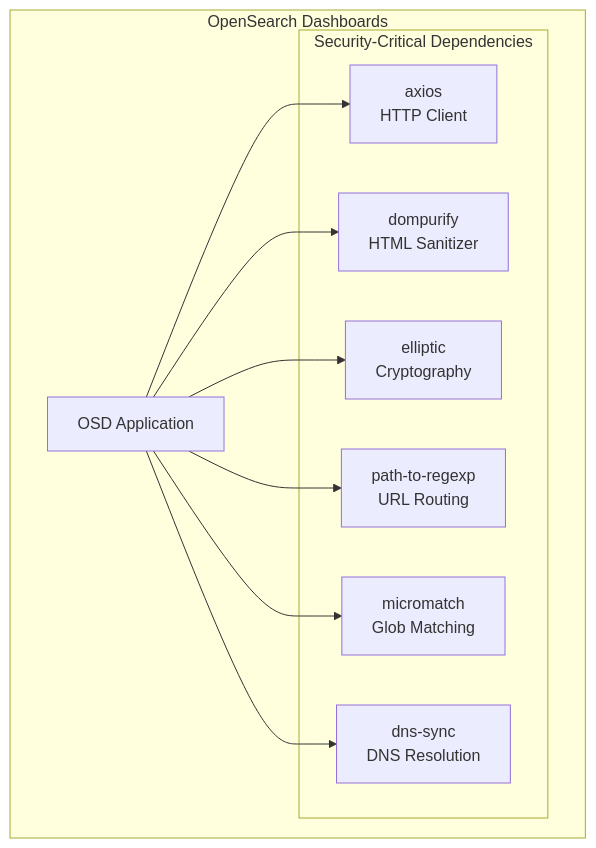
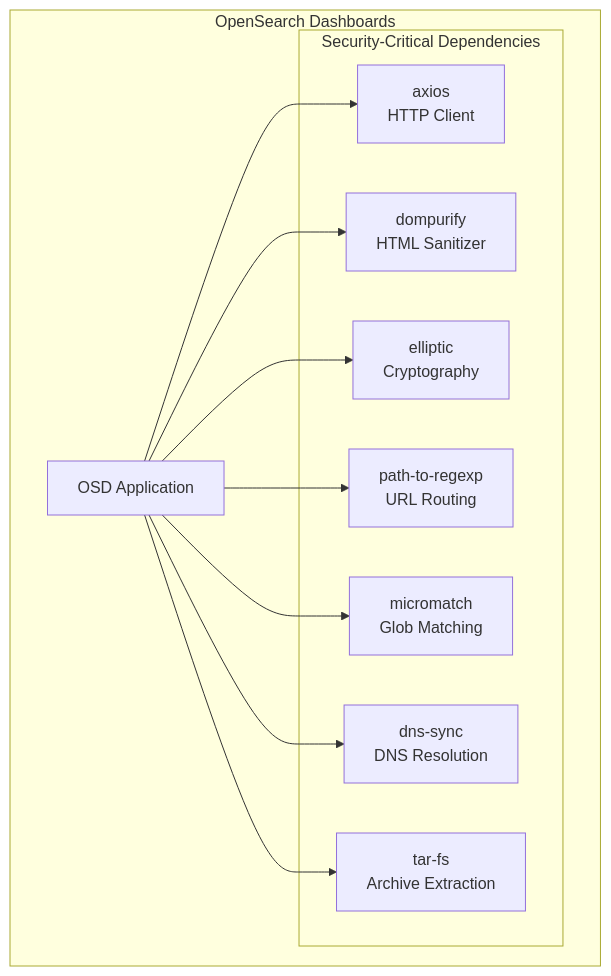
Before and after one commit to tkykenmt/opensearch-feature-explorer: the diagram in docs/features/opensearch-dashboards/security-cve-fixes.md, drawn with Mermaid. The commit also changed other lines of this file and 2 other files, not shown here.

````diff
--- a/docs/features/opensearch-dashboards/security-cve-fixes.md
+++ b/docs/features/opensearch-dashboards/security-cve-fixes.md
@@ -11,20 +11,22 @@
 ```mermaid
 graph TB
     subgraph "OpenSearch Dashboards"
         OSD[OSD Application]
         subgraph "Security-Critical Dependencies"
             AXIOS[axios<br/>HTTP Client]
             DOMPURIFY[dompurify<br/>HTML Sanitizer]
             ELLIPTIC[elliptic<br/>Cryptography]
             PTR[path-to-regexp<br/>URL Routing]
             MM[micromatch<br/>Glob Matching]
             DNS[dns-sync<br/>DNS Resolution]
+            TARFS[tar-fs<br/>Archive Extraction]
         end
     end
     OSD --> AXIOS
     OSD --> DOMPURIFY
     OSD --> ELLIPTIC
     OSD --> PTR
     OSD --> MM
     OSD --> DNS
+    OSD --> TARFS
 ```
````
